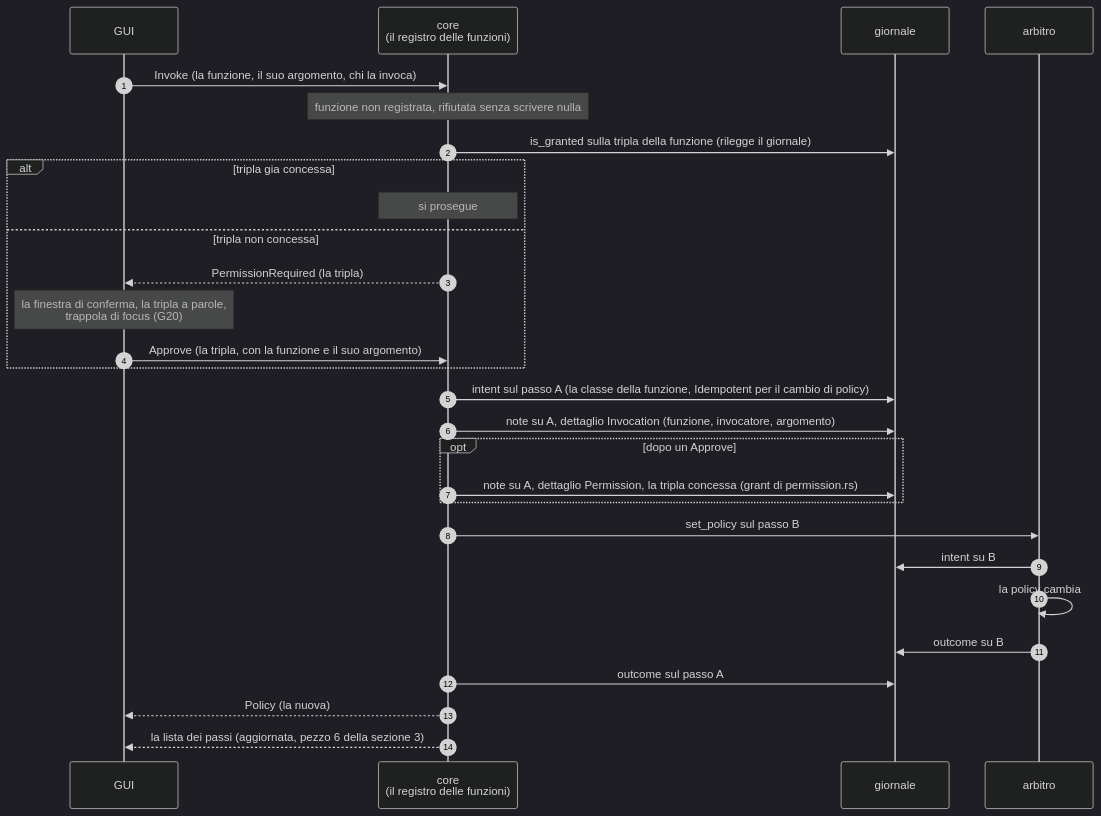
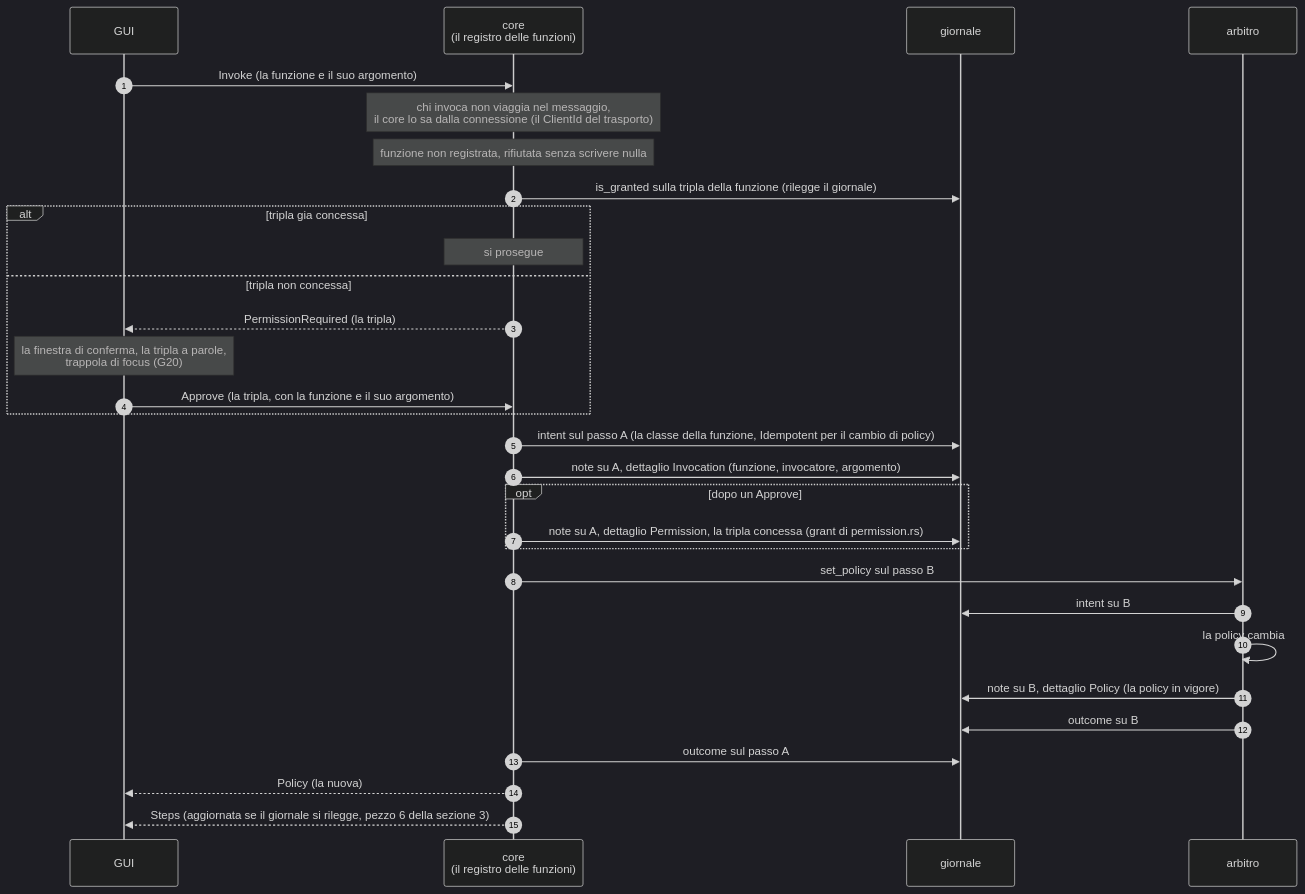
The third of 3 diagrams in docs/superpowers/specs/2026-09-07-direzione-gui-design.md (devfrx/daemon), drawn with Mermaid (dark theme) before and after one commit. The commit also changed other lines of this file and 1 other file, not shown here.

First line of the commit message:
audit(2026-09-30): La stella polare della GUI e il wireframe del nucleo

````diff
--- a/docs/superpowers/specs/2026-09-07-direzione-gui-design.md
+++ b/docs/superpowers/specs/2026-09-07-direzione-gui-design.md
@@ -297,30 +326,32 @@
 ```mermaid
 sequenceDiagram
     autonumber
     participant G as GUI
     participant C as core<br/>(il registro delle funzioni)
     participant J as giornale
     participant A as arbitro
-    G->>C: Invoke (la funzione, il suo argomento, chi la invoca)
+    G->>C: Invoke (la funzione e il suo argomento)
+    Note over C: chi invoca non viaggia nel messaggio,<br/>il core lo sa dalla connessione (il ClientId del trasporto)
     Note over C: funzione non registrata, rifiutata senza scrivere nulla
     C->>J: is_granted sulla tripla della funzione (rilegge il giornale)
     alt tripla gia concessa
         Note over C: si prosegue
     else tripla non concessa
         C-->>G: PermissionRequired (la tripla)
         Note over G: la finestra di conferma, la tripla a parole,<br/>trappola di focus (G20)
         G->>C: Approve (la tripla, con la funzione e il suo argomento)
     end
     C->>J: intent sul passo A (la classe della funzione, Idempotent per il cambio di policy)
     C->>J: note su A, dettaglio Invocation (funzione, invocatore, argomento)
     opt dopo un Approve
         C->>J: note su A, dettaglio Permission, la tripla concessa (grant di permission.rs)
     end
     C->>A: set_policy sul passo B
     A->>J: intent su B
     A->>A: la policy cambia
+    A->>J: note su B, dettaglio Policy (la policy in vigore)
     A->>J: outcome su B
     C->>J: outcome sul passo A
     C-->>G: Policy (la nuova)
-    C-->>G: la lista dei passi (aggiornata, pezzo 6 della sezione 3)
+    C-->>G: Steps (aggiornata se il giornale si rilegge, pezzo 6 della sezione 3)
 ```
````
